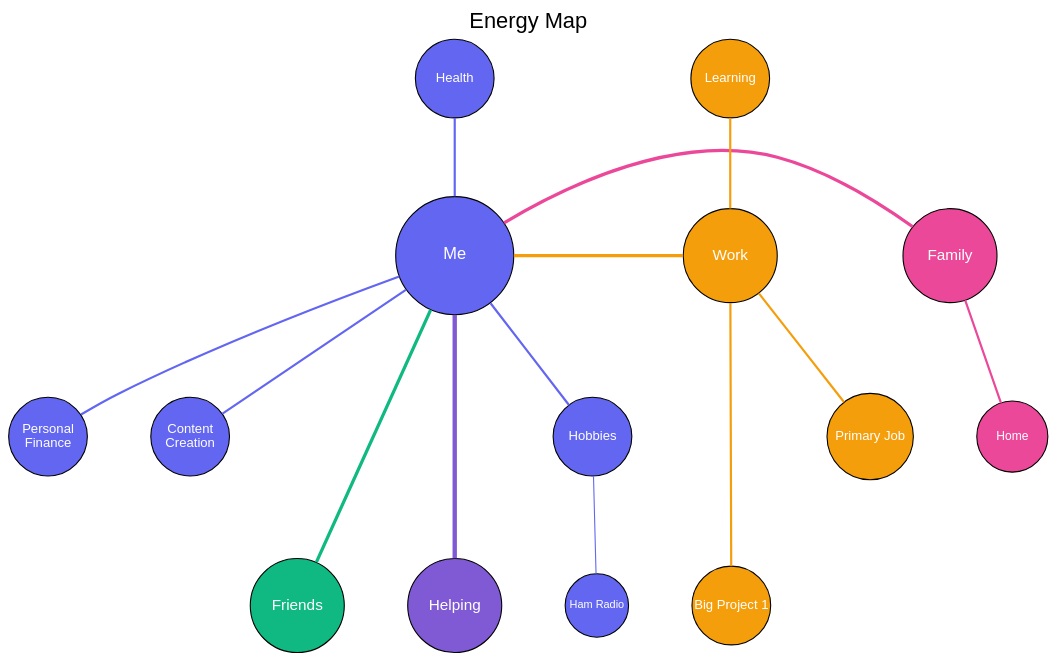
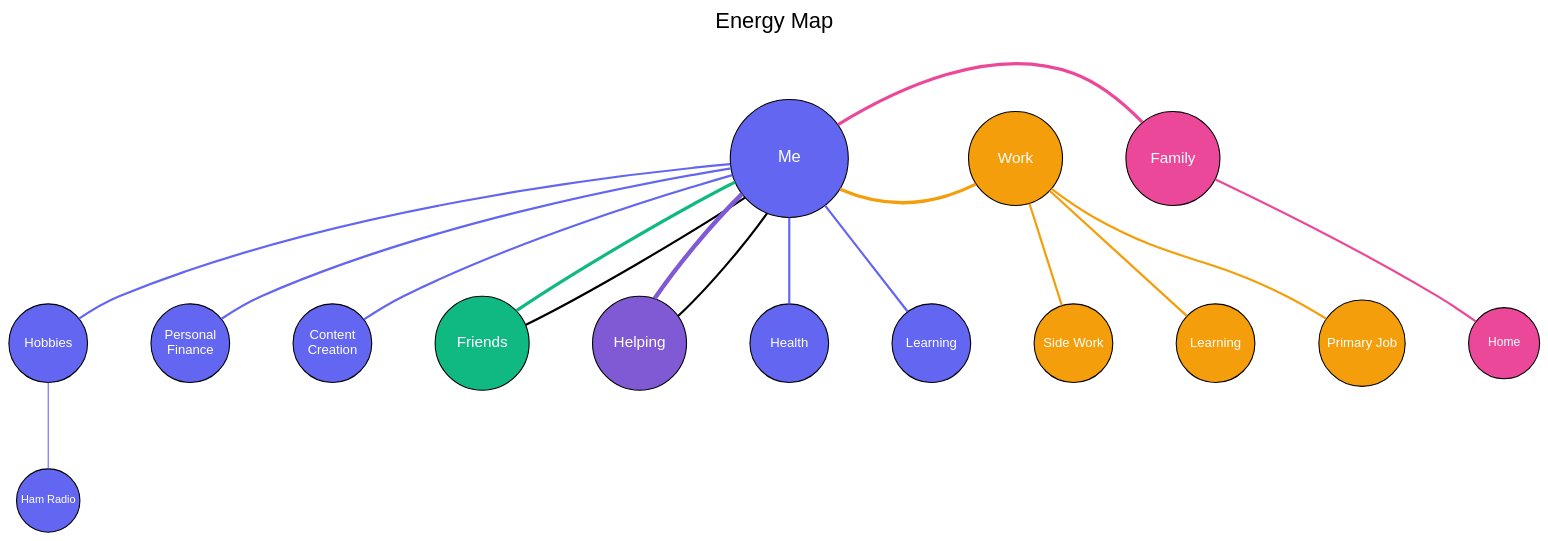
The diagram in input.dot (thejasonkendall/energy-map), drawn with Graphviz before and after one commit. The commit also changed 1 other file, not shown here.

Commit message:
use graphviz 7

```diff
--- a/input.dot
+++ b/input.dot
@@ -1,60 +1,79 @@
 digraph EnergyMap {
     // Graph settings
     graph [rankdir=TB, splines=true, overlap=false, nodesep=0.8, ranksep=1.0, fontname="Arial", label="Energy Map", labelloc=t, fontsize=20, bgcolor="transparent"];
     node [shape=circle, style=filled, fontname="Arial", fixedsize=true, width=1.2];
     edge [penwidth=2, arrowhead=none];
 
     // Main node
     Me [fillcolor="#6366F1", fontcolor=white, fontsize=15, width=1.5, label="Me"];
 
     // Category nodes
     Family [fillcolor="#EC4899", fontcolor=white, fontsize=14, label="Family"];
     Work [fillcolor="#F59E0B", fontcolor=white, fontsize=14, label="Work"];
     Friends [fillcolor="#10B981", fontcolor=white, fontsize=14, label="Friends"];
     Helping [fillcolor="#805AD5", fontcolor=white, fontsize=14, label="Helping"];
 
     // Personal nodes
     Health [fillcolor="#6366F1", fontcolor=white, fontsize=12, width=1.0, label="Health"];
+    Learning [fillcolor="#6366F1", fontcolor=white, fontsize=12, width=1.0, label="Learning"];
     Hobbies [fillcolor="#6366F1", fontcolor=white, fontsize=12, width=1.0, label="Hobbies"];
     Finance [fillcolor="#6366F1", fontcolor=white, fontsize=12, width=1.0, label="Personal\nFinance"];
     ContentCreation [fillcolor="#6366F1", fontcolor=white, fontsize=12, width=1.0, label="Content\nCreation"];
     HamRadio [fillcolor="#6366F1", fontcolor=white, fontsize=10, width=0.8, label="Ham Radio"];
 
     // Work-related nodes
     PrimaryJob [fillcolor="#F59E0B", fontcolor=white, fontsize=12, width=1.1, label="Primary Job"];
-    BigProject [fillcolor="#F59E0B", fontcolor=white, fontsize=12, width=1.0, label="Big Project 1"];
-    Learning [fillcolor="#F59E0B", fontcolor=white, fontsize=12, width=1.0, label="Learning"];
+    BigProject [fillcolor="#F59E0B", fontcolor=white, fontsize=12, width=1.0, label="Side Work"];
+    WorkLearning [fillcolor="#F59E0B", fontcolor=white, fontsize=12, width=1.0, label="Learning"];
 
     // Family node
     Home [fillcolor="#EC4899", fontcolor=white, fontsize=11, width=0.9, label="Home"];
 
     // Main connections from Me
     Me -> Family [color="#EC4899", penwidth=3];
     Me -> Work [color="#F59E0B", penwidth=3];
     Me -> Friends [color="#10B981", penwidth=3];
     Me -> Helping [color="#805AD5", penwidth=4];
 
     // Personal connections
     Me -> Health [color="#6366F1", penwidth=2];
+    Me -> Learning [color="#6366F1", penwidth=2];
     Me -> Hobbies [color="#6366F1", penwidth=2];
     Me -> Finance [color="#6366F1", penwidth=2];
     Me -> ContentCreation [color="#6366F1", penwidth=2];
     Hobbies -> HamRadio [color="#6366F1", penwidth=1];
 
     // Work connections
     Work -> PrimaryJob [color="#F59E0B", penwidth=2];
     Work -> BigProject [color="#F59E0B", penwidth=2];
-    Work -> Learning [color="#F59E0B", penwidth=2];
+    Work -> WorkLearning [color="#F59E0B", penwidth=2];
 
     // Family connection
     Family -> Home [color="#EC4899", penwidth=2];
 
-    // Positioning hints to approximate your layout
-    {rank=same; Family; Me; Work}
-    {rank=same; Helping; Friends}
+    // Position Family and Home to the left of Me
+    {rank=same; Family; Me; Work;}
+    Family -> Me [style=invis];
+    Me -> Work [style=invis];
+    
+    // Position additional elements
+    {rank=same; Friends; Helping}
     {rank=same; Health; Learning}
+    {rank=same; Finance; Hobbies; PrimaryJob}
     {rank=same; Home; ContentCreation}
-    {rank=same; Finance; Hobbies; PrimaryJob}
-    {rank=min; Health; Learning}
-    {rank=max; Friends; Helping; BigProject; HamRadio}
+    
+    // Edge constraints to help with layout
+    Me -> Friends [weight=0.5];
+    Me -> Helping [weight=0.5];
+    
+    // Force Family to be left of Me
+    edge [constraint=false];
+    Family -> Me:w [style=invis, weight=100];
+    
+    // Additional layout tweaks
+    subgraph cluster_left {
+        rank=min;
+        Family;
+        color=invis;
+    }
 }
```
